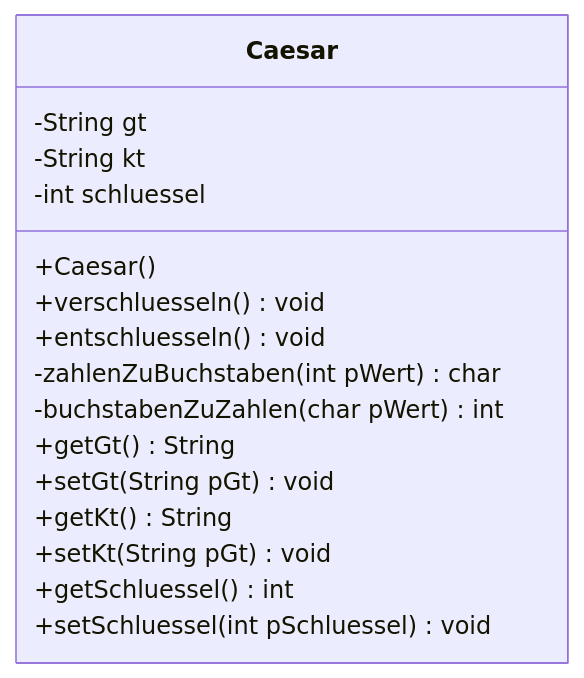
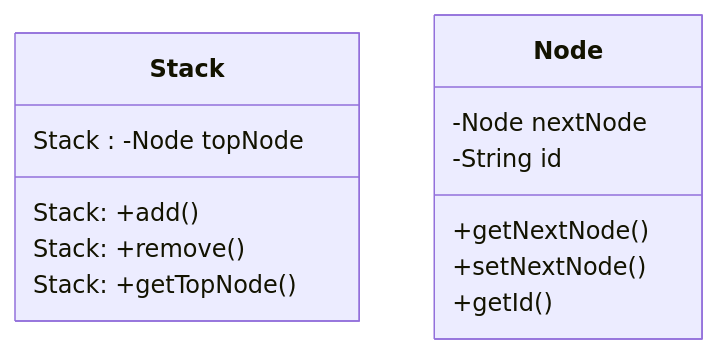
Before and after one commit to rueckertgym/begleitmaterial: the diagram in book/lineareDatenstrukturen/stack/stack_Modellierung.md, drawn with Mermaid. The commit also changed other lines of this file, not shown here.

````diff
--- a/book/lineareDatenstrukturen/stack/stack_Modellierung.md
+++ b/book/lineareDatenstrukturen/stack/stack_Modellierung.md
@@ -10,19 +8,16 @@
 ```mermaid
 classDiagram
-      class Caesar{
-          -String gt
-          -String kt
-          -int schluessel
-          +Caesar()
-          +verschluesseln() void
-          +entschluesseln() void
-          -zahlenZuBuchstaben(int pWert) char
-          -buchstabenZuZahlen(char pWert) int
-          +getGt() String
-          +setGt(String pGt) void
-          +getKt() String
-          +setKt(String pGt) void         
-          +getSchluessel() int
-          +setSchluessel(int pSchluessel) void
-        }
- ```
+  class Stack {
+    Stack : -Node topNode
+    Stack: +add()
+    Stack: +remove()
+    Stack: +getTopNode()
+  }
+  class Node{
+    -Node nextNode
+    -String id
+    +getNextNode()
+    +setNextNode()
+    +getId()
+  }
+```
````
